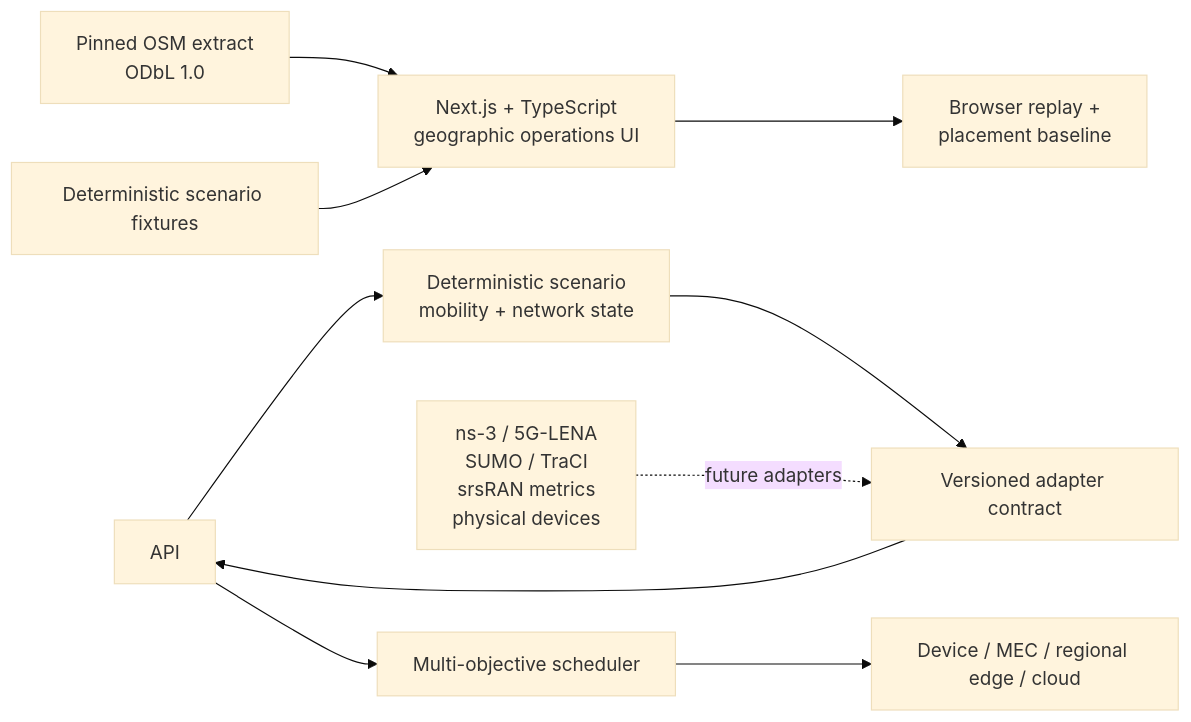
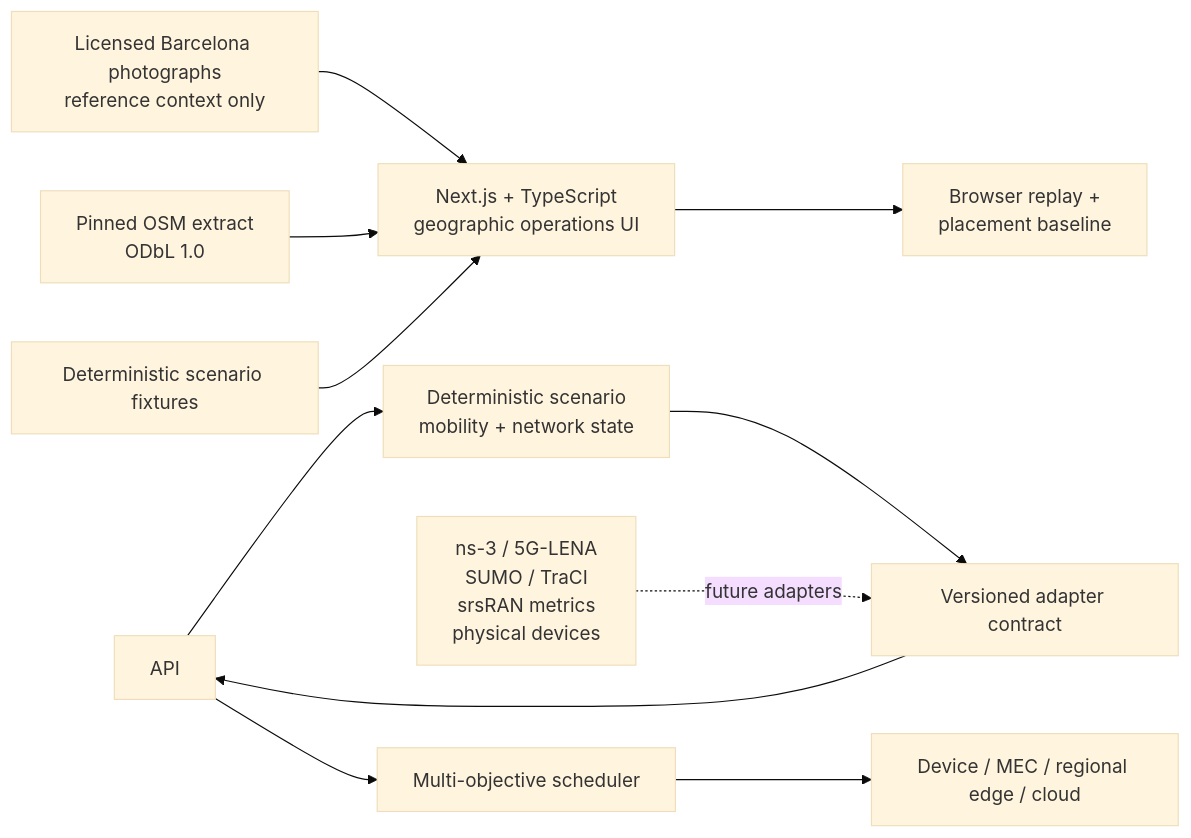
Before and after one commit to MarinJursic/edge-intelligence-digital-twin: the diagram in README.md, drawn with Mermaid (base theme). The commit also changed other lines of this file and 17 other files, not shown here.

````diff
--- a/README.md
+++ b/README.md
@@ -97,12 +108,13 @@
 ```mermaid
 flowchart LR
+    PHOTO["Licensed Barcelona photographs<br/>reference context only"] --> UI
     OSM["Pinned OSM extract<br/>ODbL 1.0"] --> UI["Next.js + TypeScript<br/>geographic operations UI"]
     FIX["Deterministic scenario fixtures"] --> UI
     UI --> KERNEL["Browser replay +<br/>placement baseline"]
     API --> SIM["Deterministic scenario<br/>mobility + network state"]
     API --> SCH["Multi-objective scheduler"]
     SCH --> DEC["Device / MEC / regional edge / cloud"]
     SIM --> CONTRACT["Versioned adapter contract"]
     EXT["ns-3 / 5G-LENA<br/>SUMO / TraCI<br/>srsRAN metrics<br/>physical devices"] -. "future adapters" .-> CONTRACT
     CONTRACT --> API
 ```
````
